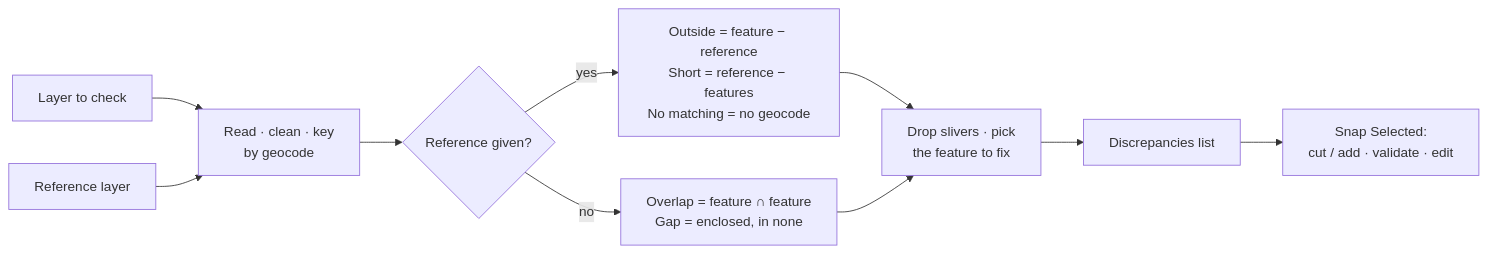
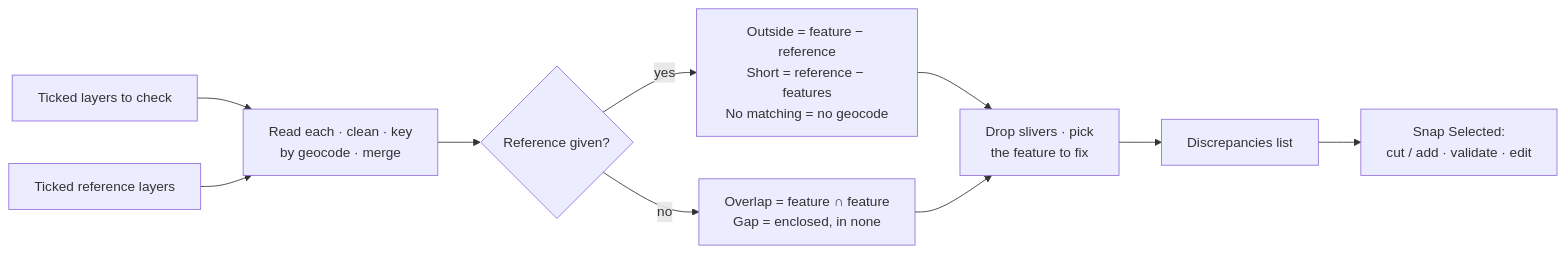
One commit to GMD-Repository/GMD_COProcessing changed the diagram in docs/tools/ea_versus_bgy.md. Above: the diagram before and after it, drawn with Mermaid. The commit also changed other lines of this file and 1 other file, not shown here.

Commit message:
feat: add EA vs Barangay boundary check tool and documentation

````diff
--- a/docs/tools/ea_versus_bgy.md
+++ b/docs/tools/ea_versus_bgy.md
@@ -35,12 +53,12 @@
 ```mermaid
 flowchart LR
-    T[Layer to check] --> K[Read · clean · key<br/>by geocode]
-    R[Reference layer] --> K
+    T[Ticked layers to check] --> K[Read each · clean · key<br/>by geocode · merge]
+    R[Ticked reference layers] --> K
     K --> D{Reference given?}
     D -->|yes| X[Outside = feature − reference<br/>Short = reference − features<br/>No matching = no geocode]
     D -->|no| Y[Overlap = feature ∩ feature<br/>Gap = enclosed, in none]
     X --> F[Drop slivers · pick<br/>the feature to fix]
     Y --> F
     F --> L[Discrepancies list]
     L --> S[Snap Selected:<br/>cut / add · validate · edit]
 ```
````
